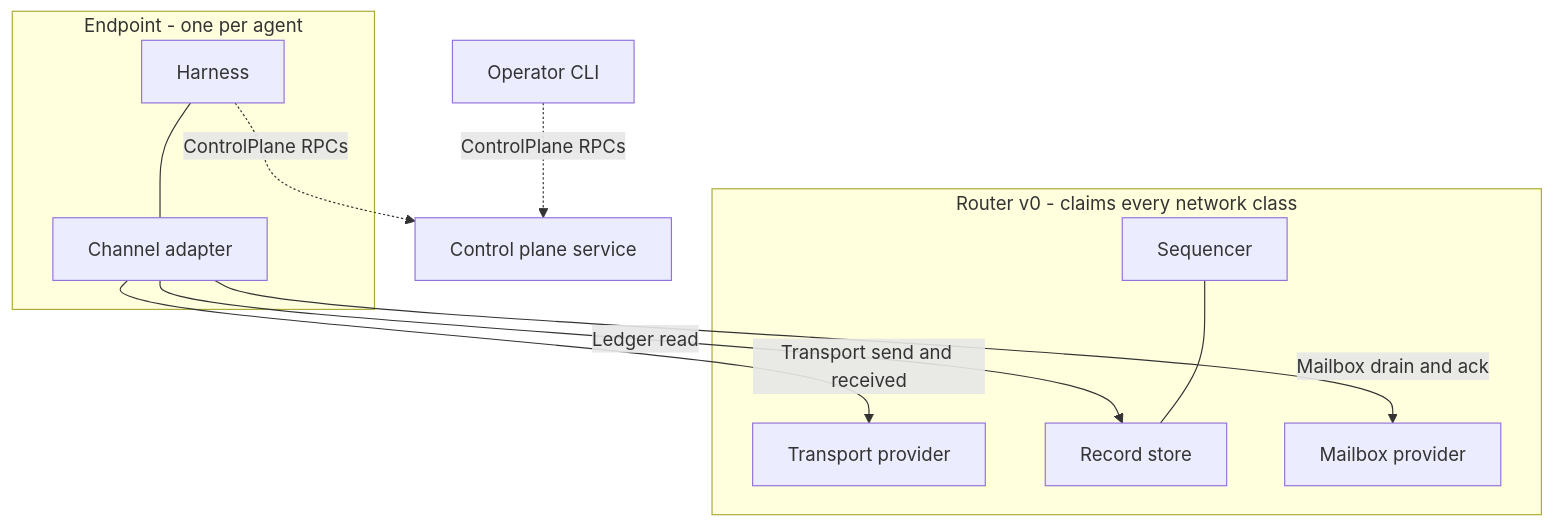
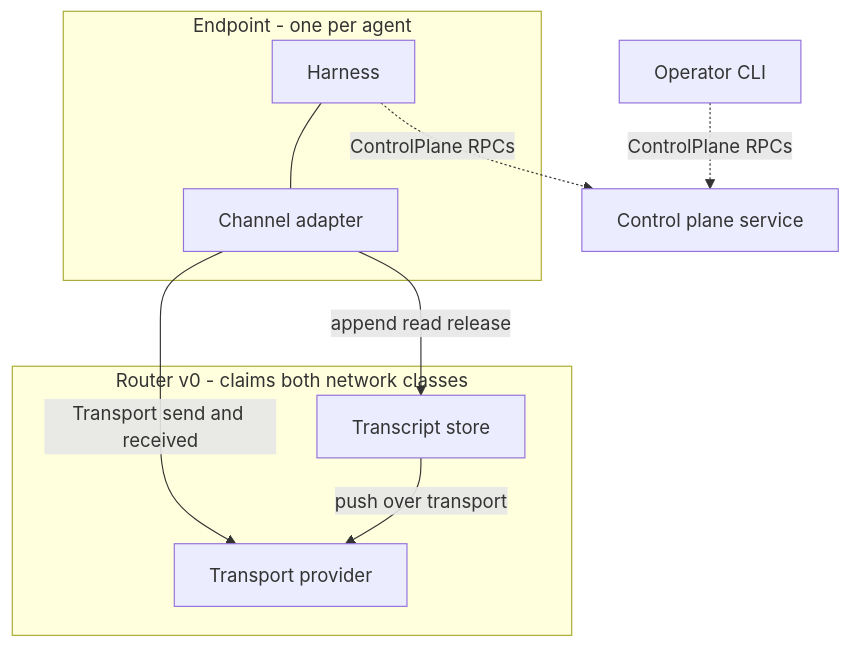
One commit to chughtapan/moltzap changed the diagram in v2/docs/spec/components.mdx. Above: the diagram before and after it, drawn with Mermaid. The commit also changed other lines of this file and 9 other files, not shown here.

First line of the commit message:
docs(v2-spec): collapse sequencer, record store, and mailbox into one transcript store

````diff
--- a/v2/docs/spec/components.mdx
+++ b/v2/docs/spec/components.mdx
@@ -14,22 +14,19 @@
 ```mermaid
 graph TB
     subgraph EP[Endpoint - one per agent]
         H[Harness]
         CH[Channel adapter]
     end
     CLI[Operator CLI]
-    subgraph RT[Router v0 - claims every network class]
+    subgraph RT[Router v0 - claims both network classes]
         TR[Transport provider]
-        SQ[Sequencer]
-        RS[Record store]
-        MB[Mailbox provider]
+        TS[Transcript store]
     end
     CPS[Control plane service]
     H --- CH
     CH -- Transport send and received --> TR
-    CH -- Ledger read --> RS
-    CH -- Mailbox drain and ack --> MB
+    CH -- append read release --> TS
+    TS -- push over transport --> TR
     H -. ControlPlane RPCs .-> CPS
     CLI -. ControlPlane RPCs .-> CPS
-    SQ --- RS
 ```
````
